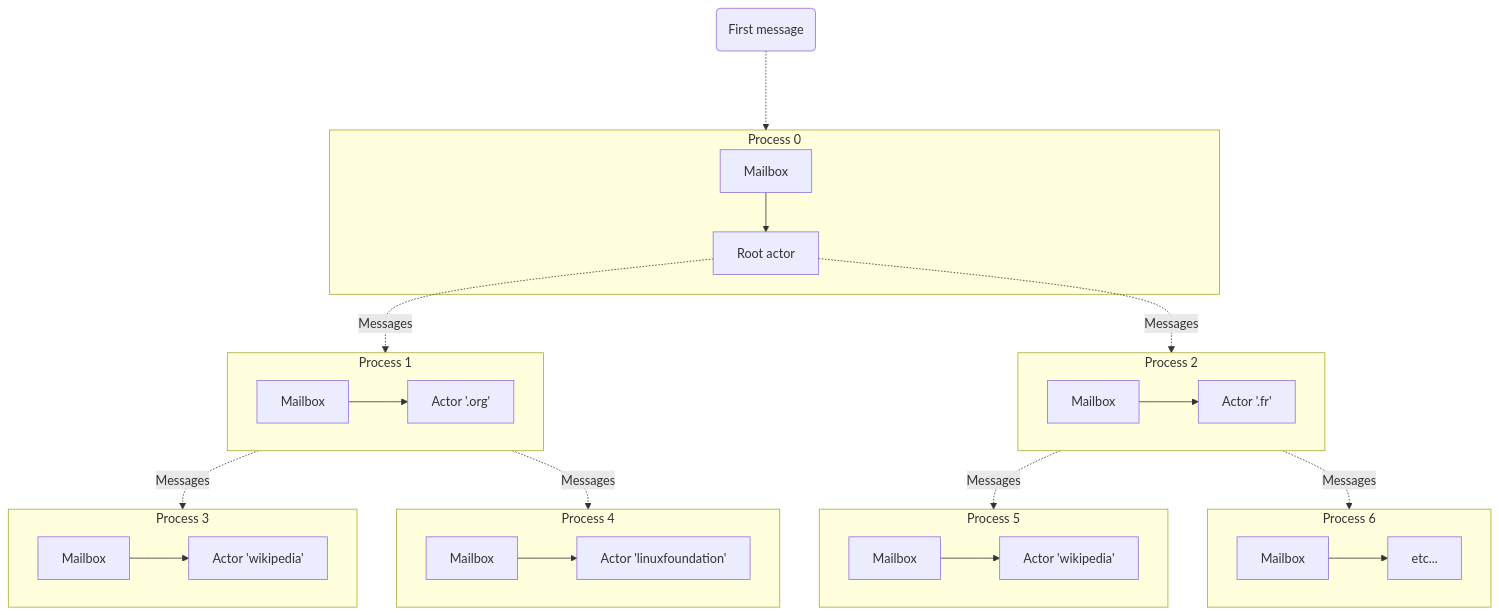
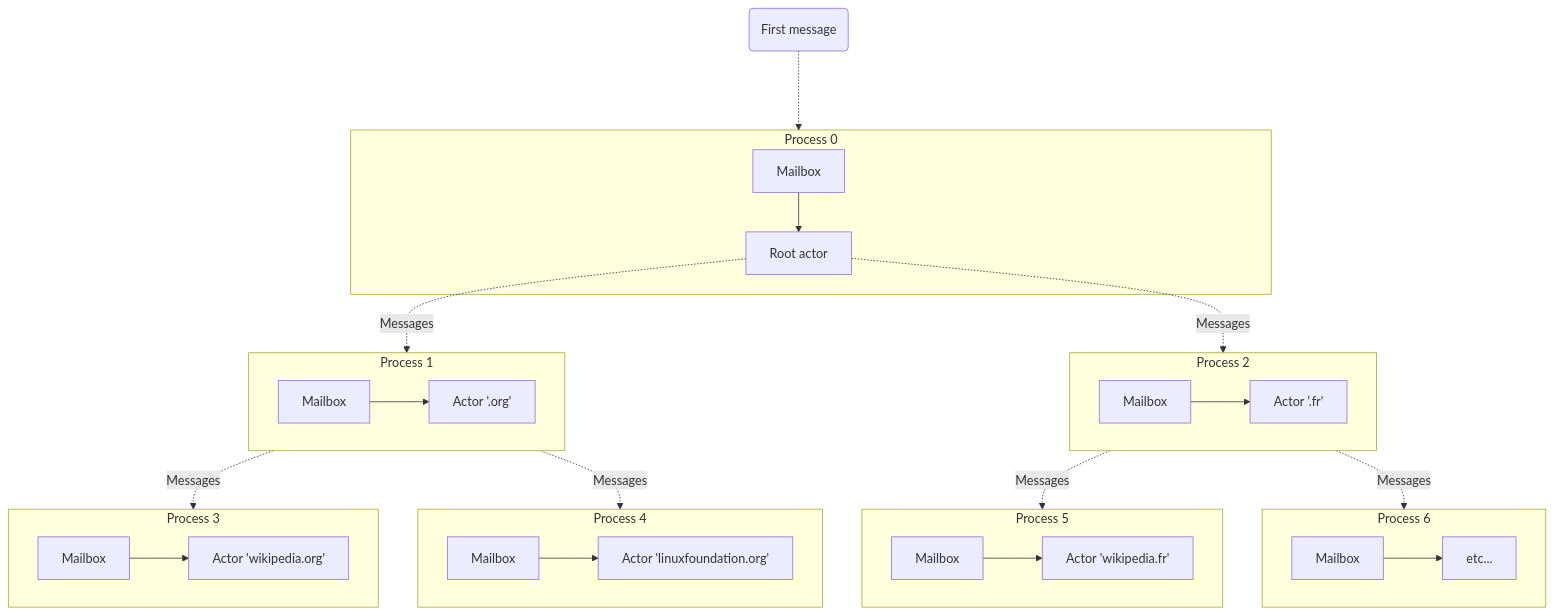
Before and after one commit to Baptouuuu/baptouuuu.github.io: the tenth of 13 diagrams in docs/conferences/actor model/slides.md, drawn with Mermaid. The commit also changed other lines of this file, not shown here.

Commit message:
add tld in children

````diff
--- a/docs/conferences/actor model/slides.md
+++ b/docs/conferences/actor model/slides.md
@@ -337,31 +337,31 @@
 ```mermaid
 flowchart TB
     subgraph pr ["Process 0"]
         arm["Mailbox"] --> ar["Root actor"]
     end
     subgraph p1 ["Process 1"]
         a1m["Mailbox"] --> a1["Actor '.org'"]
     end
     subgraph p2 ["Process 2"]
         a2m["Mailbox"] --> a2["Actor '.fr'"]
     end
     subgraph p3 ["Process 3"]
-        a3m["Mailbox"] --> a3["Actor 'wikipedia'"]
+        a3m["Mailbox"] --> a3["Actor 'wikipedia.org'"]
     end
     subgraph p4 ["Process 4"]
-        a4m["Mailbox"] --> a4["Actor 'linuxfoundation'"]
+        a4m["Mailbox"] --> a4["Actor 'linuxfoundation.org'"]
     end
     subgraph p5 ["Process 5"]
-        a5m["Mailbox"] --> a5["Actor 'wikipedia'"]
+        a5m["Mailbox"] --> a5["Actor 'wikipedia.fr'"]
     end
     subgraph p6 ["Process 6"]
         a6m["Mailbox"] --> a6["etc..."]
     end
     ar -. Messages .-> p1
     ar -. Messages .-> p2
     p1 -. Messages .-> p3
     p1 -. Messages .-> p4
     p2 -. Messages .-> p5
     p2 -. Messages .-> p6
     m0("First message") -..-> pr
 ```
````
